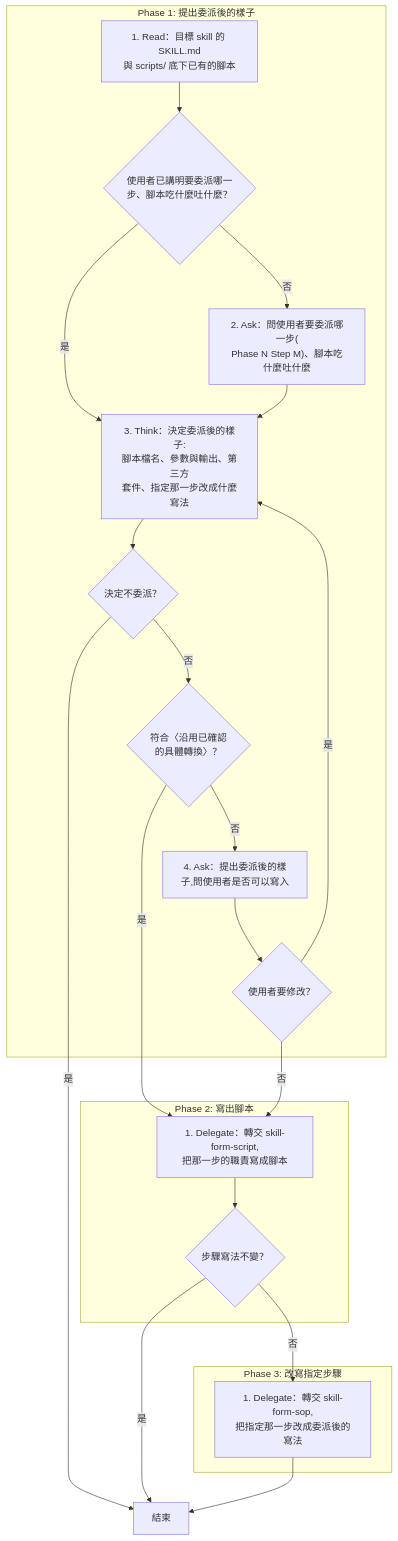
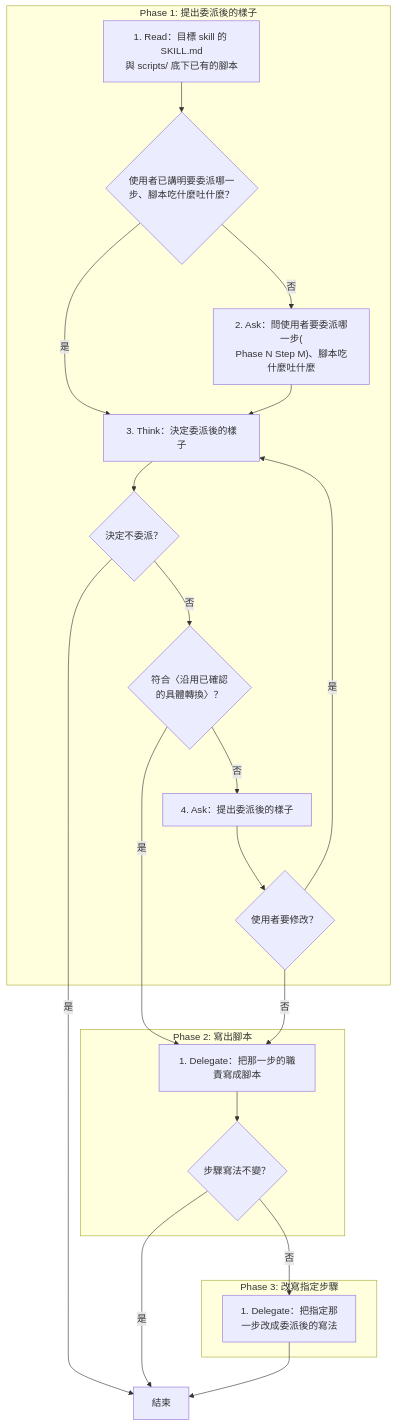
One commit to AI-x-BDD/BDGG-Dev-Skills changed the first of 2 diagrams in .claude/skills/skill-derive-script/SKILL.md. Above: the diagram before and after it, drawn with Mermaid. The commit also changed other lines of this file and 31 other files, not shown here.

````diff
--- a/.claude/skills/skill-derive-script/SKILL.md
+++ b/.claude/skills/skill-derive-script/SKILL.md
@@ -23,37 +23,37 @@
 ```mermaid
 flowchart TD
     subgraph P1["Phase 1: 提出委派後的樣子"]
         P1S1["1. Read：目標 skill 的 SKILL.md<br/>與 scripts/ 底下已有的腳本"]
         G_P1S1_1{"使用者已講明要委派哪一<br/>步、腳本吃什麼吐什麼？"}
         P1S2["2. Ask：問使用者要委派哪一步(<br/>Phase N Step M)、腳本吃什麼吐什麼"]
-        P1S3["3. Think：決定委派後的樣子:<br/>腳本檔名、參數與輸出、第三方<br/>套件、指定那一步改成什麼寫法"]
+        P1S3["3. Think：決定委派後的樣子"]
         G_P1S3_1{"決定不委派？"}
         G_P1S3_2{"符合〈沿用已確認<br/>的具體轉換〉？"}
-        P1S4["4. Ask：提出委派後的樣<br/>子,問使用者是否可以寫入"]
+        P1S4["4. Ask：提出委派後的樣子"]
         G_P1S4_1{"使用者要修改？"}
     end
     subgraph P2["Phase 2: 寫出腳本"]
-        P2S1["1. Delegate：轉交 skill-form-script,<br/>把那一步的職責寫成腳本"]
+        P2S1["1. Delegate：把那一步的職責寫成腳本"]
         G_P2S1_1{"步驟寫法不變？"}
     end
     subgraph P3["Phase 3: 改寫指定步驟"]
-        P3S1["1. Delegate：轉交 skill-form-sop,<br/>把指定那一步改成委派後的寫法"]
+        P3S1["1. Delegate：把指定那<br/>一步改成委派後的寫法"]
     end
     End["結束"]
     P1S1 --> G_P1S1_1
     G_P1S1_1 -->|是| P1S3
     G_P1S1_1 -->|否| P1S2
     P1S2 --> P1S3
     P1S3 --> G_P1S3_1
     G_P1S3_1 -->|是| End
     G_P1S3_1 -->|否| G_P1S3_2
     G_P1S3_2 -->|是| P2S1
     G_P1S3_2 -->|否| P1S4
     P1S4 --> G_P1S4_1
     G_P1S4_1 -->|是| P1S3
     G_P1S4_1 -->|否| P2S1
     P2S1 --> G_P2S1_1
     G_P2S1_1 -->|是| End
     G_P2S1_1 -->|否| P3S1
     P3S1 --> End
 ```
````
